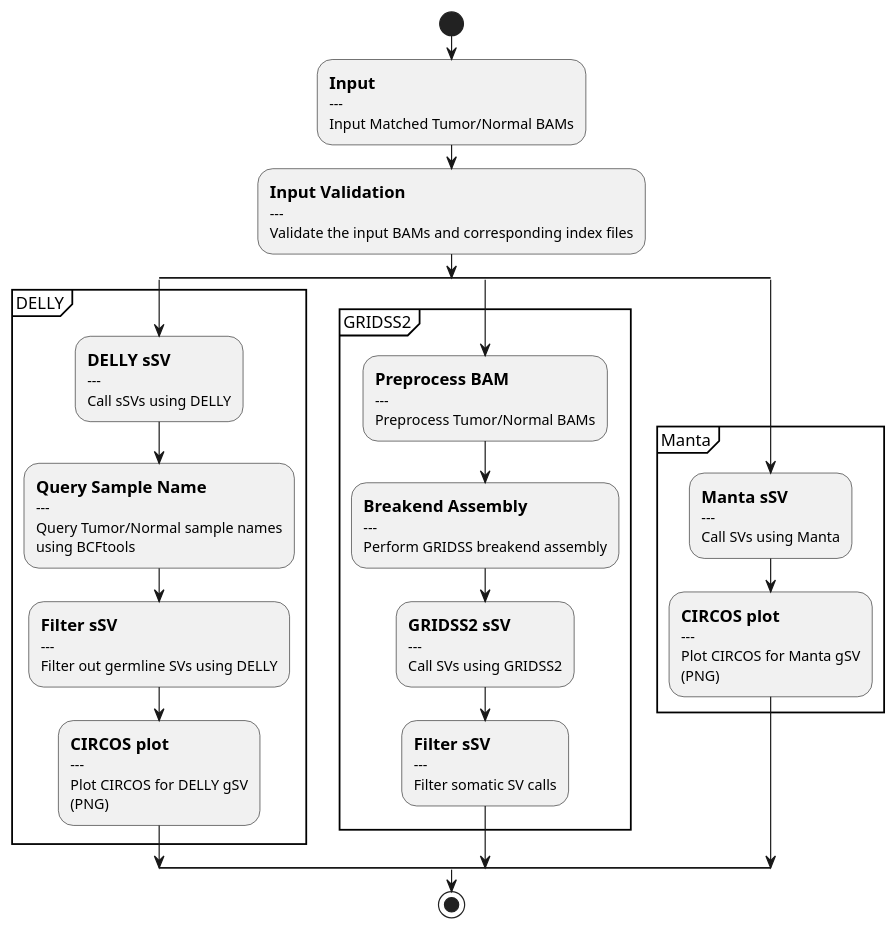
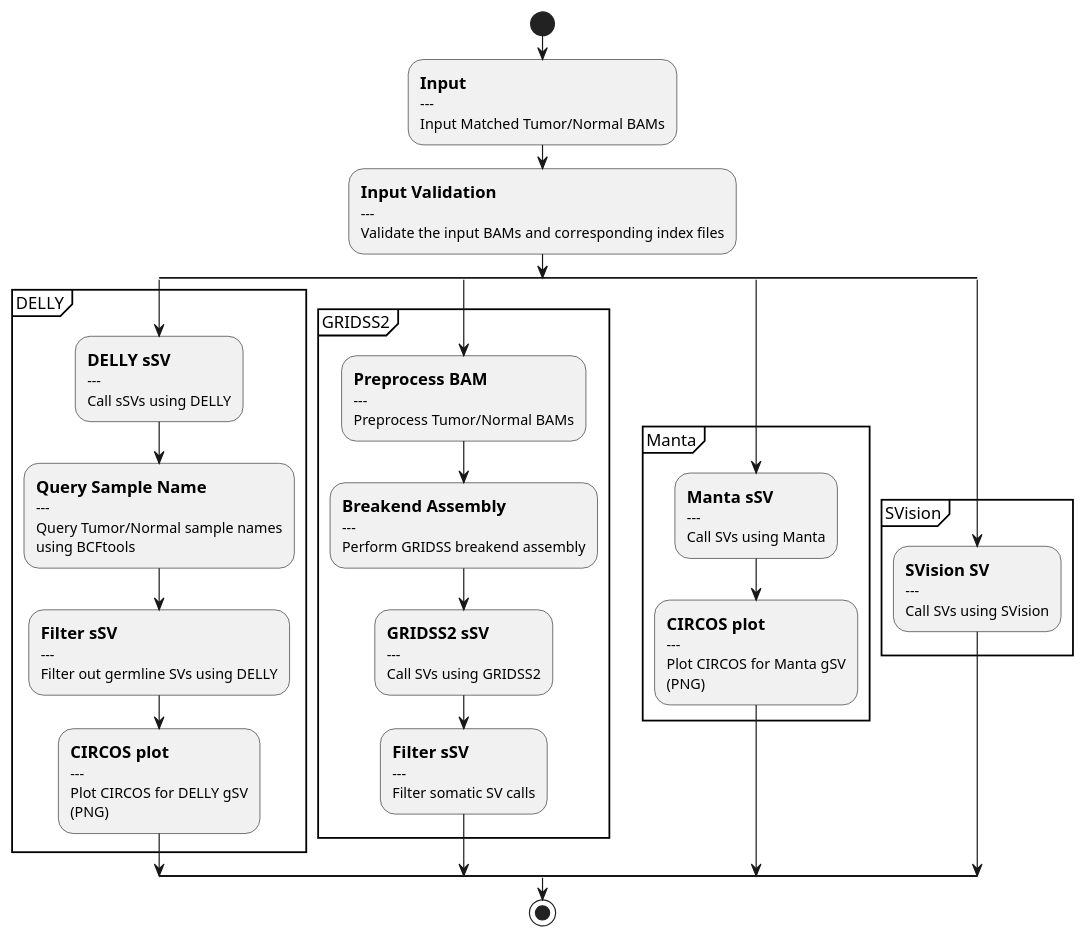
Before and after one commit to uclahs-cds/pipeline-call-sSV: the diagram in docs/call-sSV.puml, drawn with PlantUML.

Commit message:
Update pipeline diagram

```diff
--- a/docs/call-sSV.puml
+++ b/docs/call-sSV.puml
@@ -1,59 +1,66 @@
 @startuml
 skinparam SwimlaneTitleFontStyle bold
 
 start
 
 :==Input
 ---
 Input Matched Tumor/Normal BAMs;
 :==Input Validation
 ---
 Validate the input BAMs and corresponding index files;
 
 split
 partition "DELLY" {
     :==DELLY sSV
     ---
     Call sSVs using DELLY;
     :==Query Sample Name
     ---
     Query Tumor/Normal sample names
     using BCFtools;
     :==Filter sSV
     ---
     Filter out germline SVs using DELLY;
     :==CIRCOS plot
     ---
     Plot CIRCOS for DELLY gSV
     (PNG);
     }
 
 split again
 partition "GRIDSS2" {
     :==Preprocess BAM
     ---
     Preprocess Tumor/Normal BAMs;
     :==Breakend Assembly
     ---
     Perform GRIDSS breakend assembly;
     :==GRIDSS2 sSV
     ---
     Call SVs using GRIDSS2;
     :==Filter sSV
     ---
     Filter somatic SV calls;
     }
 
 split again
 partition "Manta" {
     :==Manta sSV
     ---
     Call SVs using Manta;
     :==CIRCOS plot
     ---
     Plot CIRCOS for Manta gSV
     (PNG);
     }
+
+split again
+partition "SVision" {
+    :==SVision SV
+    ---
+    Call SVs using SVision;
+    }
 end split
 stop
 @enduml
```
